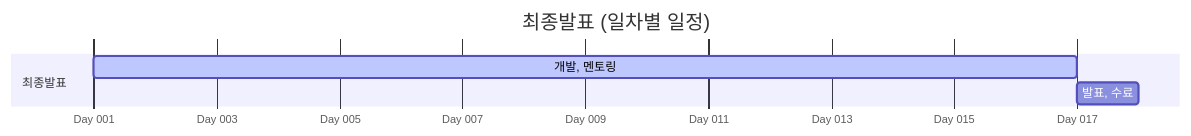
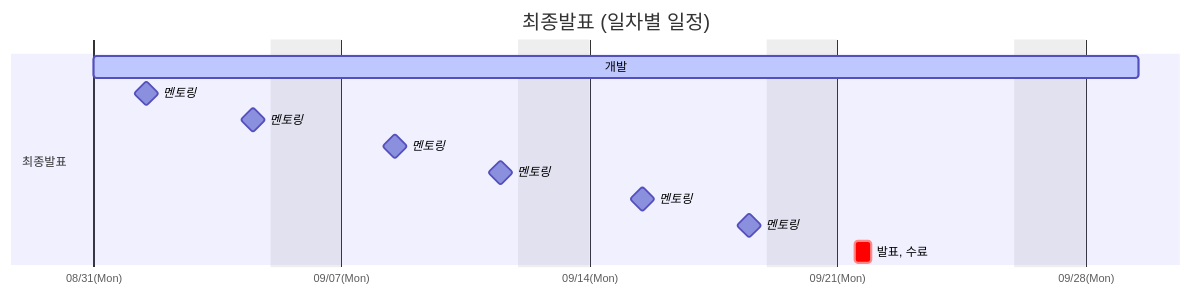
Before and after one commit to SAJOYO/.github: the fourth of 4 diagrams in profile/README.md, drawn with Mermaid. The commit also changed other lines of this file, not shown here.

Commit message:
Refine mid/final presentation gantt charts
Add mentoring milestones on Tue/Fri afternoons and align weekly
axis ticks to Monday.

````diff
--- a/profile/README.md
+++ b/profile/README.md
@@ -70,14 +76,22 @@
 ```mermaid
 gantt
     title 최종발표 (일차별 일정)
-    dateFormat  YYYY-MM-DD
-    
-    %% 축을 일수(Day 01, Day 05...) 형태로 표시하고 5일 단위로 눈금을 끕니다
-    axisFormat Day %j
-    tickInterval 5d
+    dateFormat  YYYY-MM-DD HH:mm
+
+    %% 반나절 단위는 dateFormat에 시간을 넣어 표현합니다 (전반부 00:00~12:00 / 후반부 12:00~24:00)
+    axisFormat %m/%d(%a)
+    tickInterval 1week
+    weekday monday
+    excludes weekends
 
     section 최종발표
-    개발, 멘토링             : active, a1, 2026-01-01, 16d
-    발표, 수료               : a2, after a1, 1d
+    개발                    : active, a1, 2026-08-31 00:00, 2026-09-21 12:00
+    멘토링                  : milestone, m1, 2026-09-01 12:00, 0d
+    멘토링                  : milestone, m2, 2026-09-04 12:00, 0d
+    멘토링                  : milestone, m3, 2026-09-08 12:00, 0d
+    멘토링                  : milestone, m4, 2026-09-11 12:00, 0d
+    멘토링                  : milestone, m5, 2026-09-15 12:00, 0d
+    멘토링                  : milestone, m6, 2026-09-18 12:00, 0d
+    발표, 수료              : crit, a2, 2026-09-21 12:00, 2026-09-21 23:00
 
 ```
````
